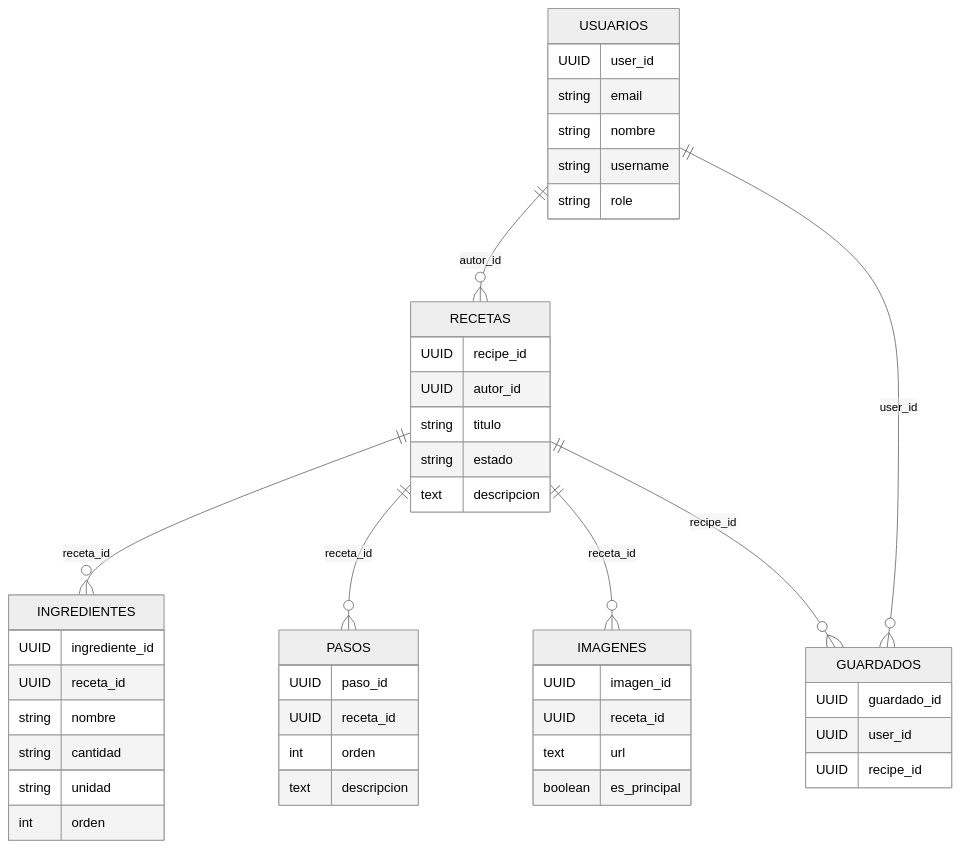
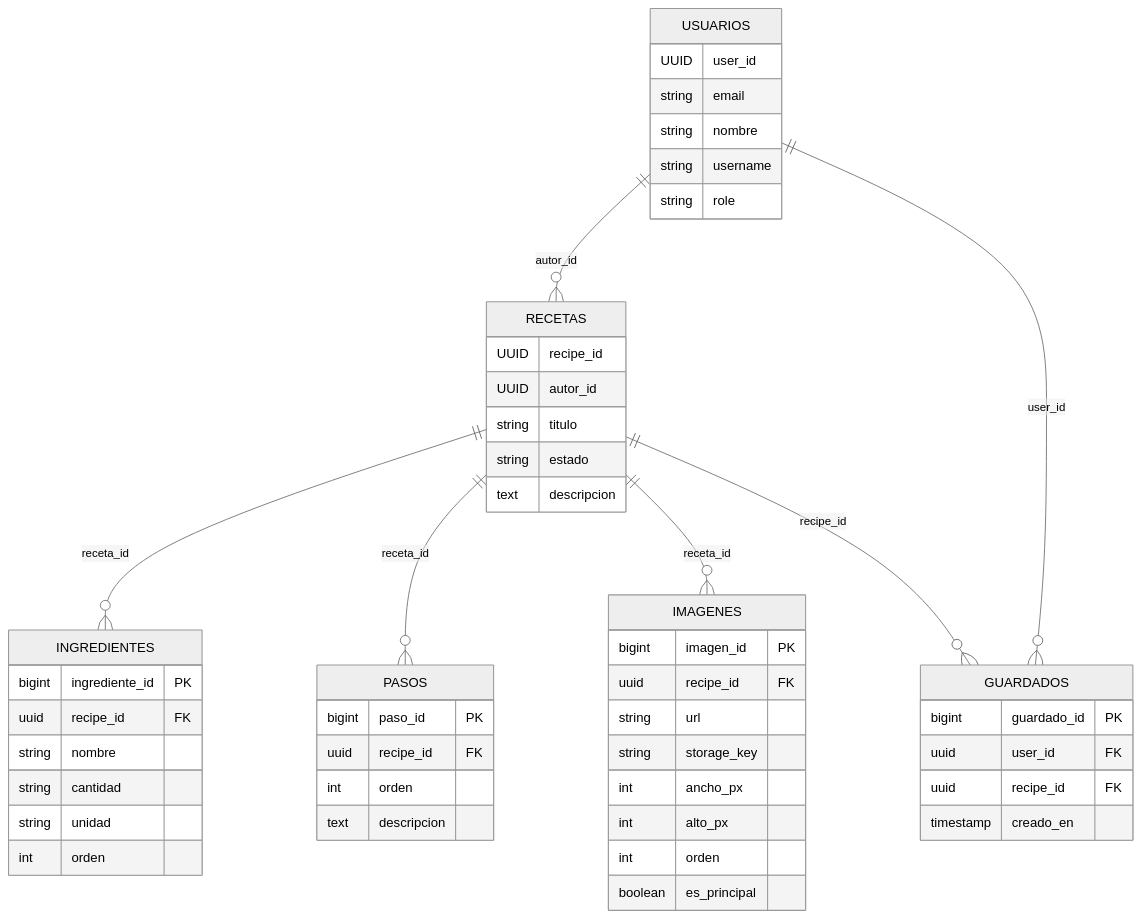
Before and after one commit to DaniKaizenNetwork/programacion-movil-2025-b-g1: the second of 2 diagrams in doc/data-base/erd.md, drawn with Mermaid (neutral theme). The commit also changed other lines of this file and 1 other file, not shown here.

````diff
--- a/doc/data-base/erd.md
+++ b/doc/data-base/erd.md
@@ -54,54 +67,59 @@
 ```mermaid
 erDiagram
     USUARIOS ||--o{ RECETAS : "autor_id"
     USUARIOS ||--o{ GUARDADOS : "user_id"
     RECETAS ||--o{ INGREDIENTES : "receta_id"
     RECETAS ||--o{ PASOS : "receta_id"
     RECETAS ||--o{ IMAGENES : "receta_id"
     RECETAS ||--o{ GUARDADOS : "recipe_id"
 
     USUARIOS {
         UUID user_id
         string email
         string nombre
         string username
         string role
     }
 
     RECETAS {
         UUID recipe_id
         UUID autor_id
         string titulo
         string estado
         text descripcion
     }
 
     INGREDIENTES {
-        UUID ingrediente_id
-        UUID receta_id
+        bigint ingrediente_id PK
+        uuid recipe_id FK
         string nombre
         string cantidad
         string unidad
         int orden
     }
 
     PASOS {
-        UUID paso_id
-        UUID receta_id
+        bigint paso_id PK
+        uuid recipe_id FK
         int orden
         text descripcion
     }
 
     IMAGENES {
-        UUID imagen_id
-        UUID receta_id
-        text url
+        bigint imagen_id PK
+        uuid recipe_id FK
+        string url
+        string storage_key
+        int ancho_px
+        int alto_px
+        int orden
         boolean es_principal
     }
 
     GUARDADOS {
-        UUID guardado_id
-        UUID user_id
-        UUID recipe_id
+        bigint guardado_id PK
+        uuid user_id FK
+        uuid recipe_id FK
+        timestamp creado_en
     }
 ```
````
